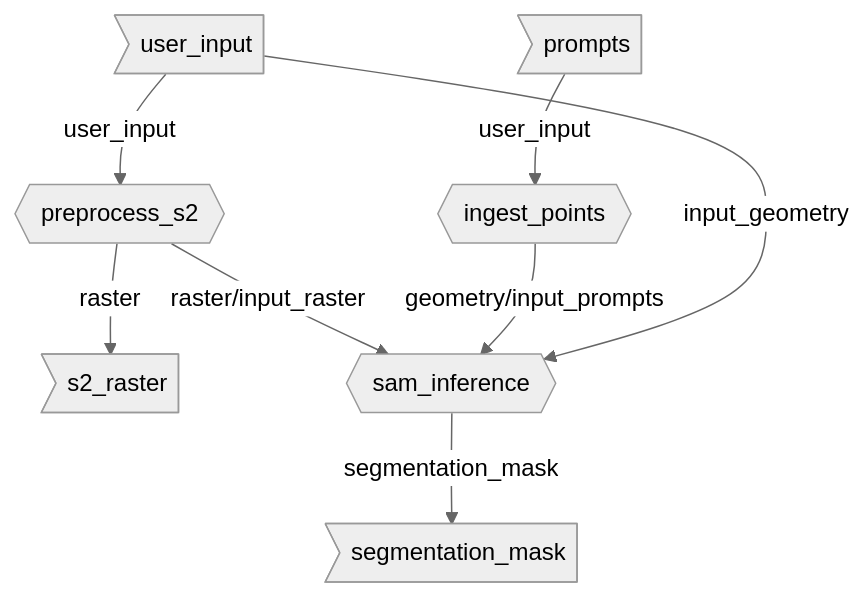
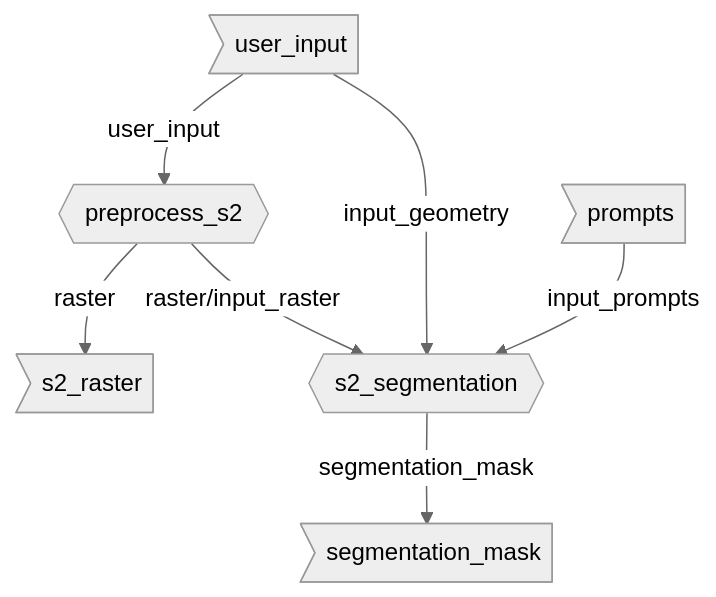
The diagram in docs/source/docfiles/markdown/workflow_yaml/farm_ai/segmentation/segment_s2.md (microsoft/farmvibes-ai), drawn with Mermaid (neutral theme) before and after one commit. The commit also changed other lines of this file and 152 other files, not shown here.

````diff
--- a/docs/source/docfiles/markdown/workflow_yaml/farm_ai/segmentation/segment_s2.md
+++ b/docs/source/docfiles/markdown/workflow_yaml/farm_ai/segmentation/segment_s2.md
@@ -65,17 +5,15 @@
 ```{mermaid}
     graph TD
     inp1>user_input]
     inp2>prompts]
     out1>s2_raster]
     out2>segmentation_mask]
     tsk1{{preprocess_s2}}
-    tsk2{{ingest_points}}
-    tsk3{{sam_inference}}
-    tsk1{{preprocess_s2}} -- raster/input_raster --> tsk3{{sam_inference}}
-    tsk2{{ingest_points}} -- geometry/input_prompts --> tsk3{{sam_inference}}
+    tsk2{{s2_segmentation}}
+    tsk1{{preprocess_s2}} -- raster/input_raster --> tsk2{{s2_segmentation}}
     inp1>user_input] -- user_input --> tsk1{{preprocess_s2}}
-    inp1>user_input] -- input_geometry --> tsk3{{sam_inference}}
-    inp2>prompts] -- user_input --> tsk2{{ingest_points}}
+    inp1>user_input] -- input_geometry --> tsk2{{s2_segmentation}}
+    inp2>prompts] -- input_prompts --> tsk2{{s2_segmentation}}
     tsk1{{preprocess_s2}} -- raster --> out1>s2_raster]
-    tsk3{{sam_inference}} -- segmentation_mask --> out2>segmentation_mask]
+    tsk2{{s2_segmentation}} -- segmentation_mask --> out2>segmentation_mask]
 ```
````
